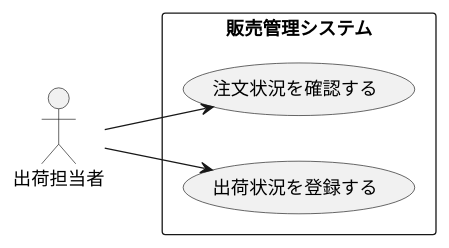
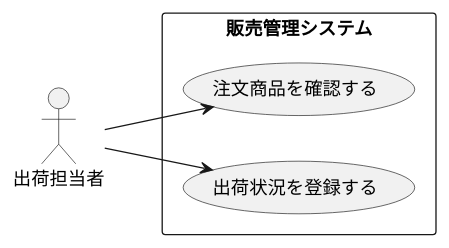
Before and after one commit to SatouSeira/uml-introduction: the diagram in 演習2-5_盛岡商事_販売管理システム.pu, drawn with PlantUML.

Commit message:
ララララララ

```diff
--- a/演習2-5_盛岡商事_販売管理システム.pu
+++ b/演習2-5_盛岡商事_販売管理システム.pu
@@ -1,12 +1,12 @@
 @startuml ユースケース図
 left to right direction
 actor 出荷担当者
 
 rectangle 販売管理システム {
-    usecase 注文状況を確認する as 確認
+    usecase 注文商品を確認する as 確認
     usecase 出荷状況を登録する as 登録
 }
 
 出荷担当者 --> 確認
 出荷担当者 --> 登録
 @enduml
```
